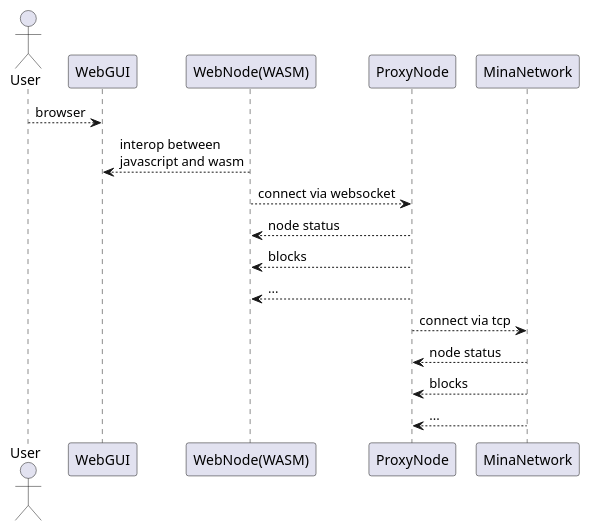
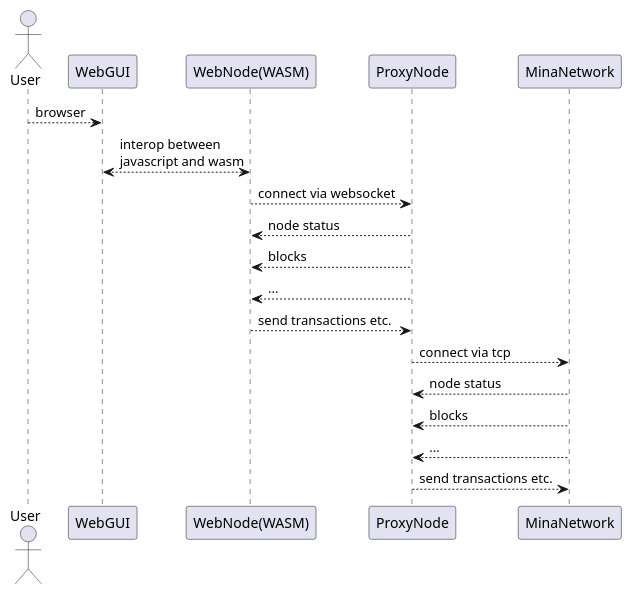
The diagram in docs/mvp-arch.iuml (ChainSafe/mina-rs), drawn with PlantUML before and after one commit.

Commit message:
refine uml

```diff
--- a/docs/mvp-arch.iuml
+++ b/docs/mvp-arch.iuml
@@ -1,14 +1,16 @@
 @startuml mvp
 actor User
 
 User --> WebGUI : browser
-WebGUI <-- "WebNode(WASM)": interop between\njavascript and wasm
+WebGUI <--> "WebNode(WASM)": interop between\njavascript and wasm
 "WebNode(WASM)" --> ProxyNode : connect via websocket
 "WebNode(WASM)" <-- ProxyNode : node status
 "WebNode(WASM)" <-- ProxyNode : blocks
 "WebNode(WASM)" <-- ProxyNode : ...
+"WebNode(WASM)" --> ProxyNode : send transactions etc.
 ProxyNode --> MinaNetwork : connect via tcp
 ProxyNode <-- MinaNetwork : node status
 ProxyNode <-- MinaNetwork : blocks
 ProxyNode <-- MinaNetwork : ...
+ProxyNode --> MinaNetwork : send transactions etc.
 @enduml
```
